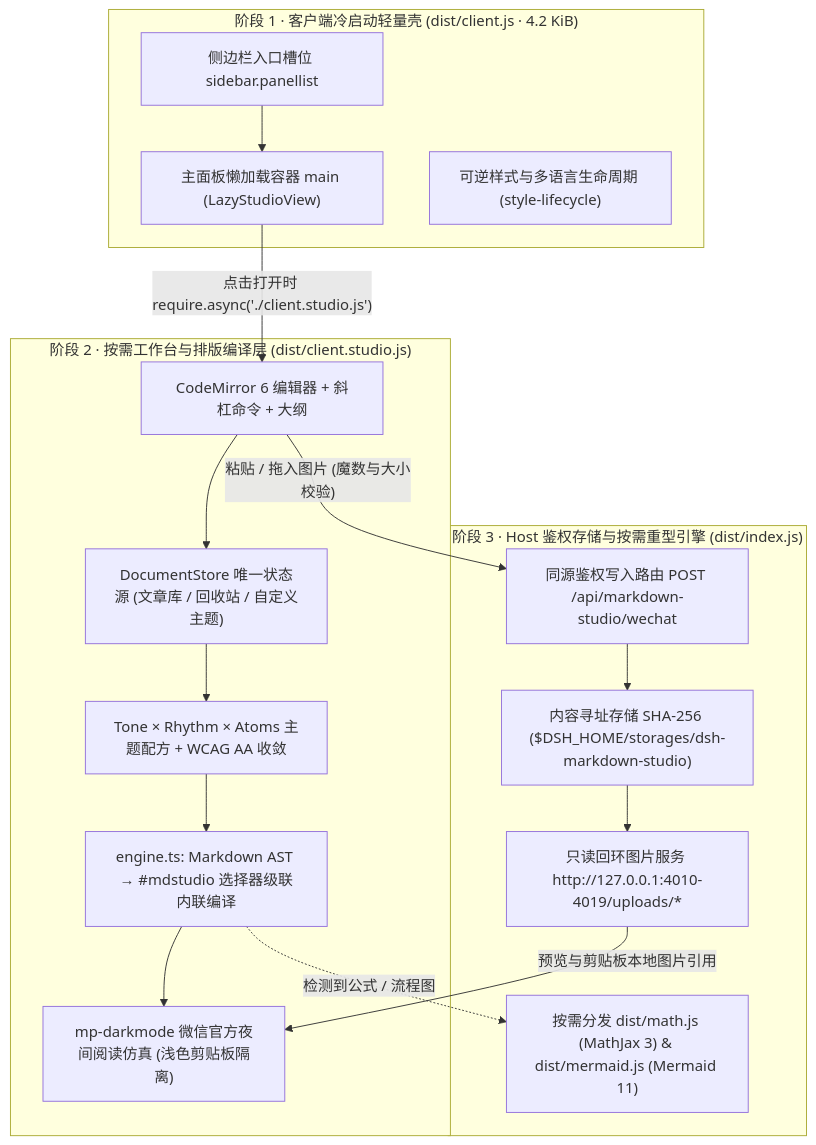
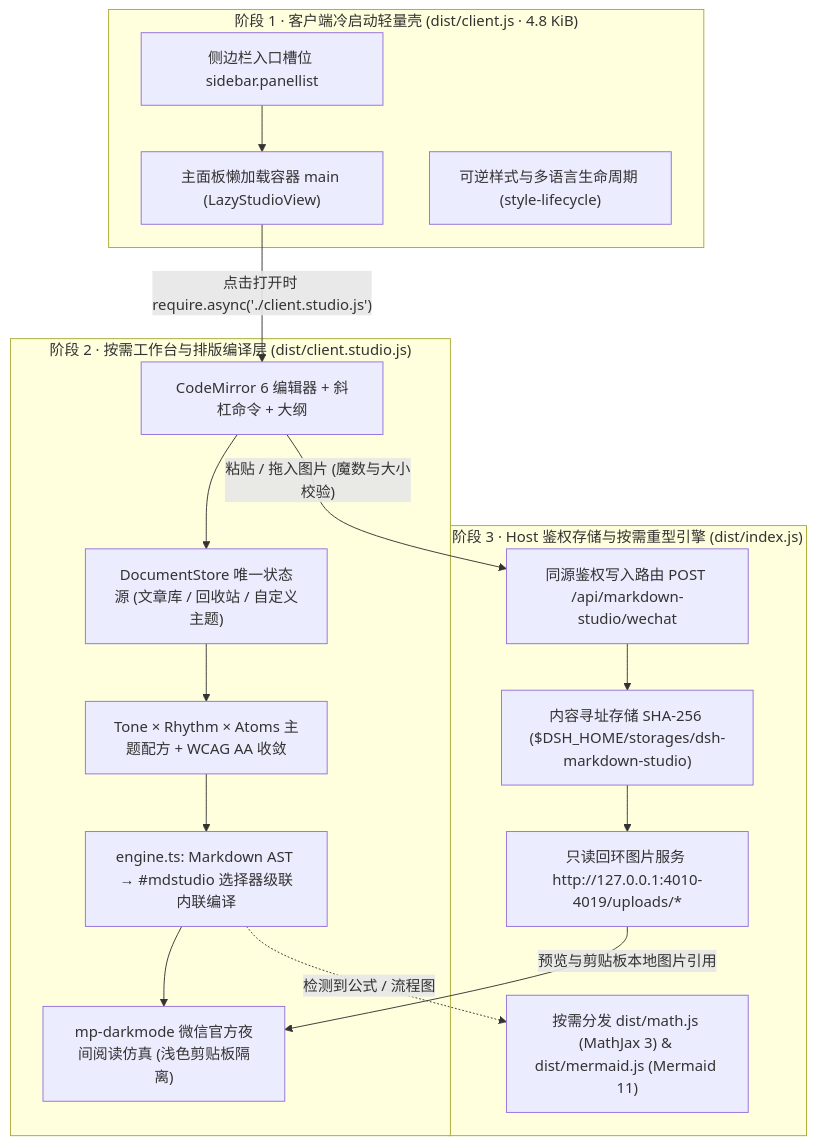
One commit to Geekhyt/dsh-markdown-studio changed the diagram in docs/DEVELOPMENT.zh-CN.md. Above: the diagram before and after it, drawn with Mermaid. The commit also changed other lines of this file and 71 other files, not shown here.

````diff
--- a/docs/DEVELOPMENT.zh-CN.md
+++ b/docs/DEVELOPMENT.zh-CN.md
@@ -18,31 +18,31 @@
 ```mermaid
 flowchart TB
-  subgraph S1["阶段 1 · 客户端冷启动轻量壳 (dist/client.js · 4.2 KiB)"]
+  subgraph S1["阶段 1 · 客户端冷启动轻量壳 (dist/client.js · 4.8 KiB)"]
     ICON["侧边栏入口槽位 sidebar.panellist"]
     LAZY["主面板懒加载容器 main (LazyStudioView)"]
     LIFE["可逆样式与多语言生命周期 (style-lifecycle)"]
     ICON --> LAZY
   end
 
   subgraph S2["阶段 2 · 按需工作台与排版编译层 (dist/client.studio.js)"]
     CM["CodeMirror 6 编辑器 + 斜杠命令 + 大纲"]
     STORE["DocumentStore 唯一状态源 (文章库 / 回收站 / 自定义主题)"]
     THEME["Tone × Rhythm × Atoms 主题配方 + WCAG AA 收敛"]
     CASCADE["engine.ts: Markdown AST → #mdstudio 选择器级联内联编译"]
     DARK["mp-darkmode 微信官方夜间阅读仿真 (浅色剪贴板隔离)"]
     CM --> STORE --> THEME --> CASCADE --> DARK
   end
 
   subgraph S3["阶段 3 · Host 鉴权存储与按需重型引擎 (dist/index.js)"]
     WRITE["同源鉴权写入路由 POST /api/markdown-studio/wechat"]
     CAS["内容寻址存储 SHA-256 ($DSH_HOME/storages/dsh-markdown-studio)"]
     LOOP["只读回环图片服务 http://127.0.0.1:4010-4019/uploads/*"]
     ENGINES["按需分发 dist/math.js (MathJax 3) & dist/mermaid.js (Mermaid 11)"]
     WRITE --> CAS --> LOOP
   end
 
   LAZY -->|"点击打开时 require.async('./client.studio.js')"| CM
   CASCADE -.->|"检测到公式 / 流程图"| ENGINES
   CM -->|"粘贴 / 拖入图片 (魔数与大小校验)"| WRITE
   LOOP -->|"预览与剪贴板本地图片引用"| DARK
 ```
````
